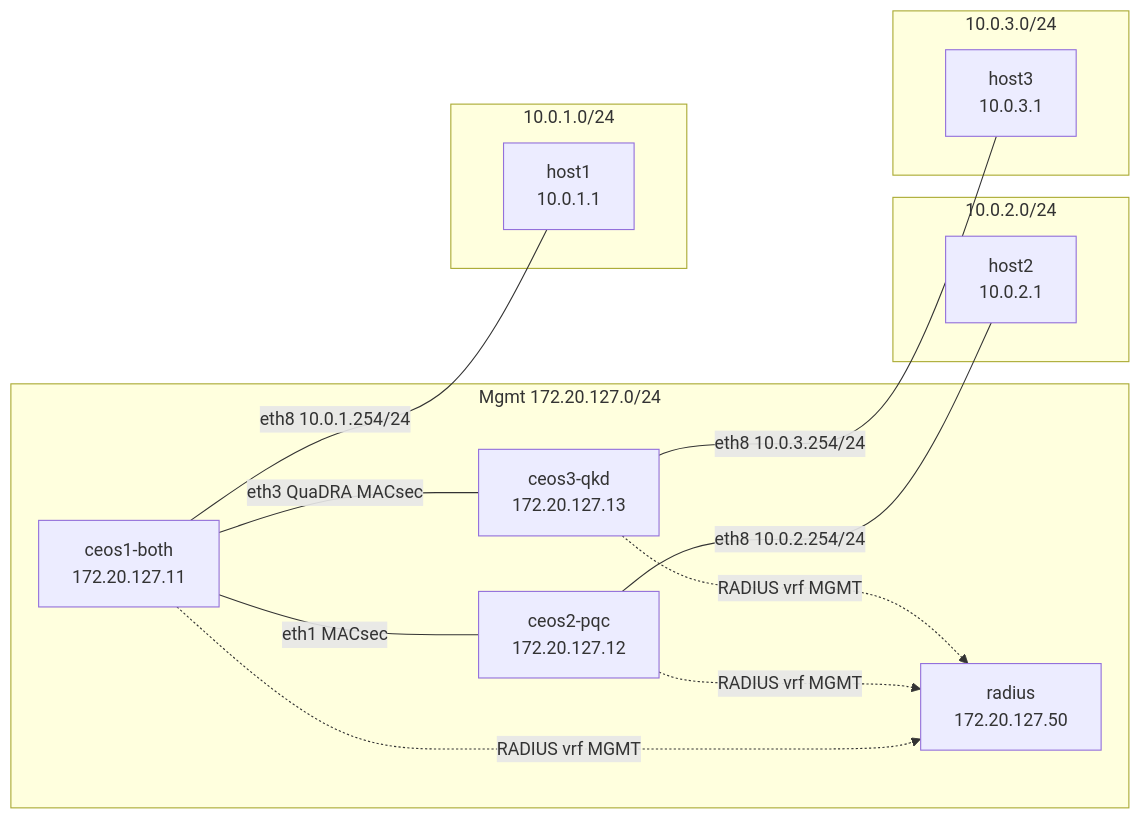
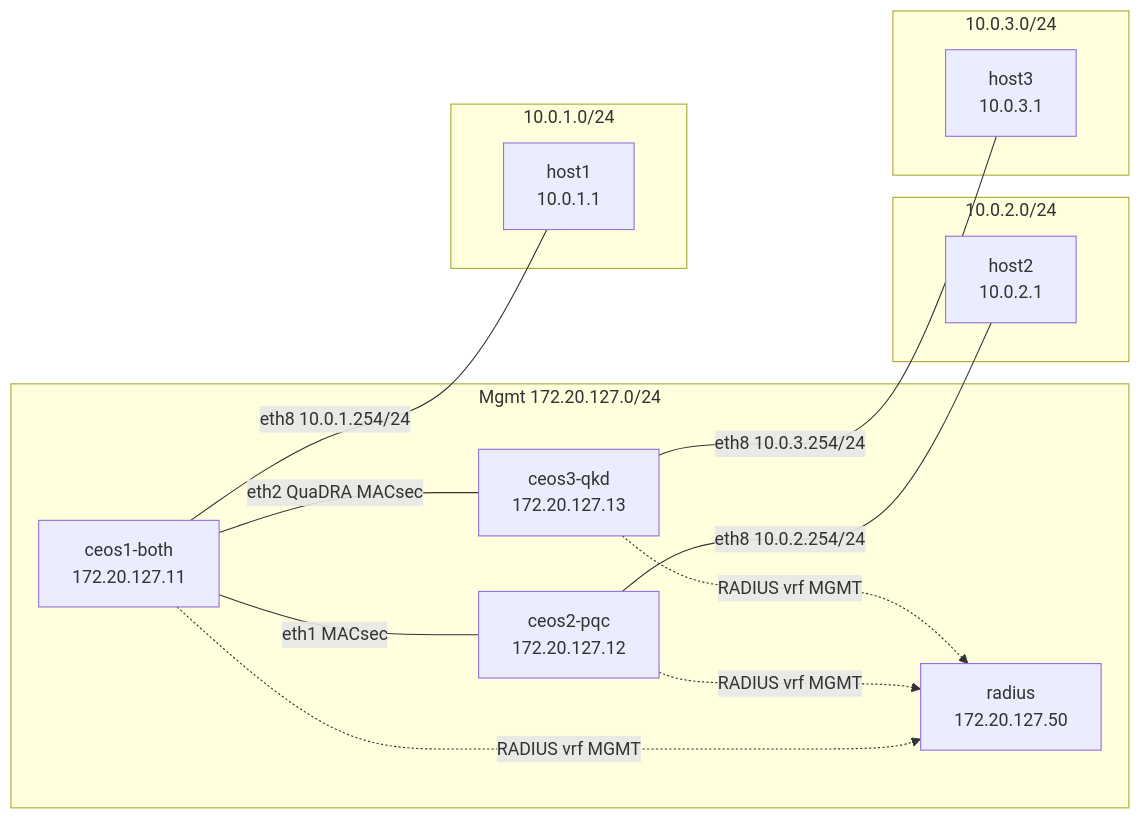
One commit to fhibler/arista-quantum-safe changed the diagram in README.md. Above: the diagram before and after it, drawn with Mermaid. The commit also changed other lines of this file and 10 other files, not shown here.

First line of the commit message:
Move QuaDRA link to ceos1-both:eth2 and fix static MACsec checks.

````diff
--- a/README.md
+++ b/README.md
@@ -135,30 +135,30 @@
 ```mermaid
 flowchart LR
   subgraph mgmt["Mgmt 172.20.127.0/24"]
     ceos1["ceos1-both<br/>172.20.127.11"]
     ceos2["ceos2-pqc<br/>172.20.127.12"]
     ceos3["ceos3-qkd<br/>172.20.127.13"]
     radius["radius<br/>172.20.127.50"]
   end
 
   subgraph data1["10.0.1.0/24"]
     h1["host1<br/>10.0.1.1"]
   end
 
   subgraph data2["10.0.2.0/24"]
     h2["host2<br/>10.0.2.1"]
   end
 
   subgraph data3["10.0.3.0/24"]
     h3["host3<br/>10.0.3.1"]
   end
 
   ceos1 ---|"eth1 MACsec"| ceos2
-  ceos1 ---|"eth3 QuaDRA MACsec"| ceos3
+  ceos1 ---|"eth2 QuaDRA MACsec"| ceos3
   ceos1 ---|"eth8 10.0.1.254/24"| h1
   ceos2 ---|"eth8 10.0.2.254/24"| h2
   ceos3 ---|"eth8 10.0.3.254/24"| h3
   ceos1 -.->|"RADIUS vrf MGMT"| radius
   ceos2 -.->|"RADIUS vrf MGMT"| radius
   ceos3 -.->|"RADIUS vrf MGMT"| radius
 ```
````
